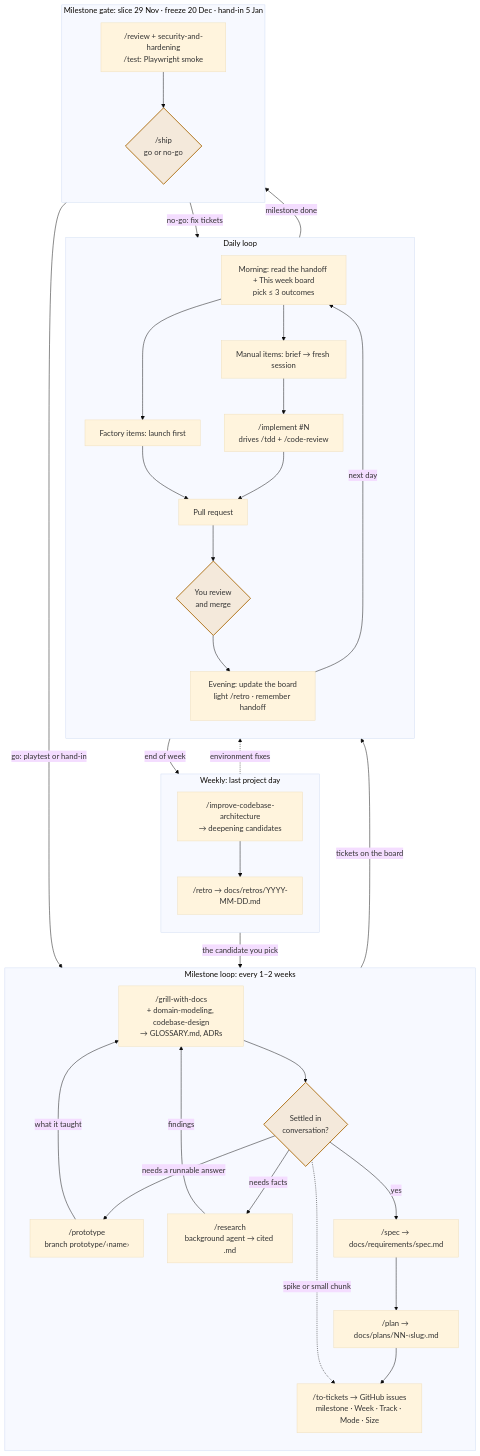
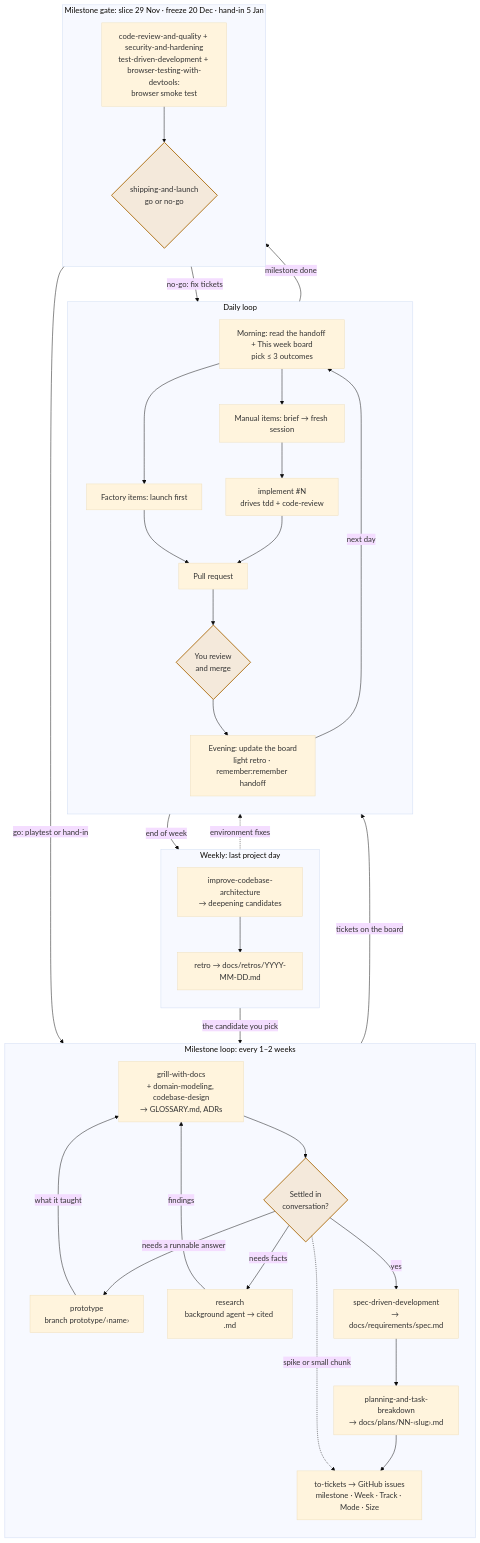
Before and after one commit to sssoto17/sunny-pastures: the diagram in docs/diagrams/workflow.md, drawn with Mermaid (base theme). The commit also changed other lines of this file and 4 other files, not shown here.

````diff
--- a/docs/diagrams/workflow.md
+++ b/docs/diagrams/workflow.md
@@ -12,61 +17,61 @@
 ```mermaid
 flowchart TB
   subgraph M["Milestone loop: every 1–2 weeks"]
     direction TB
-    G["/grill-with-docs<br/>+ domain-modeling, codebase-design<br/>→ GLOSSARY.md, ADRs"]
+    G["grill-with-docs<br/>+ domain-modeling, codebase-design<br/>→ GLOSSARY.md, ADRs"]
     Q{"Settled in<br/>conversation?"}
-    P["/prototype<br/>branch prototype/‹name›"]
-    R["/research<br/>background agent → cited .md"]
-    S["/spec → docs/requirements/spec.md"]
-    PL["/plan → docs/plans/NN-‹slug›.md"]
-    T["/to-tickets → GitHub issues<br/>milestone · Week · Track · Mode · Size"]
+    P["prototype<br/>branch prototype/‹name›"]
+    R["research<br/>background agent → cited .md"]
+    S["spec-driven-development<br/>→ docs/requirements/spec.md"]
+    PL["planning-and-task-breakdown<br/>→ docs/plans/NN-‹slug›.md"]
+    T["to-tickets → GitHub issues<br/>milestone · Week · Track · Mode · Size"]
     G --> Q
     Q -- "needs a runnable answer" --> P
     P -- "what it taught" --> G
     Q -- "needs facts" --> R
     R -- "findings" --> G
     Q -- "yes" --> S --> PL --> T
     Q -. "spike or small chunk" .-> T
   end
 
   subgraph D["Daily loop"]
     direction TB
     AM["Morning: read the handoff + This week board<br/>pick ≤ 3 outcomes"]
     F["Factory items: launch first"]
     B["Manual items: brief → fresh session"]
-    I["/implement #N<br/>drives /tdd + /code-review"]
+    I["implement #N<br/>drives tdd + code-review"]
     PR["Pull request"]
     MR{"You review<br/>and merge"}
-    PM["Evening: update the board<br/>light /retro · remember handoff"]
+    PM["Evening: update the board<br/>light retro · remember:remember handoff"]
     AM --> F
     AM --> B
     F --> PR
     B --> I --> PR --> MR --> PM
   end
 
   subgraph W["Weekly: last project day"]
     direction TB
-    ICA["/improve-codebase-architecture<br/>→ deepening candidates"]
-    RT["/retro → docs/retros/YYYY-MM-DD.md"]
+    ICA["improve-codebase-architecture<br/>→ deepening candidates"]
+    RT["retro → docs/retros/YYYY-MM-DD.md"]
   end
 
   subgraph GATE["Milestone gate: slice 29 Nov · freeze 20 Dec · hand-in 5 Jan"]
     direction TB
-    RV["/review + security-and-hardening<br/>/test: Playwright smoke"]
-    SH{"/ship<br/>go or no-go"}
+    RV["code-review-and-quality + security-and-hardening<br/>test-driven-development + browser-testing-with-devtools:<br/>browser smoke test"]
+    SH{"shipping-and-launch<br/>go or no-go"}
     RV --> SH
   end
 
   T -- "tickets on the board" --> AM
   PM -- "next day" --> AM
   PM -- "end of week" --> ICA
   ICA -- "the candidate you pick" --> G
   ICA --> RT
   RT -. "environment fixes" .-> D
   PM -- "milestone done" --> RV
   SH -- "go: playtest or hand-in" --> G
   SH -- "no-go: fix tickets" --> AM
 
   classDef decide fill:#e3ab4b33,stroke:#b0731a,stroke-width:2px
   class Q,MR,SH decide
 ```
````
